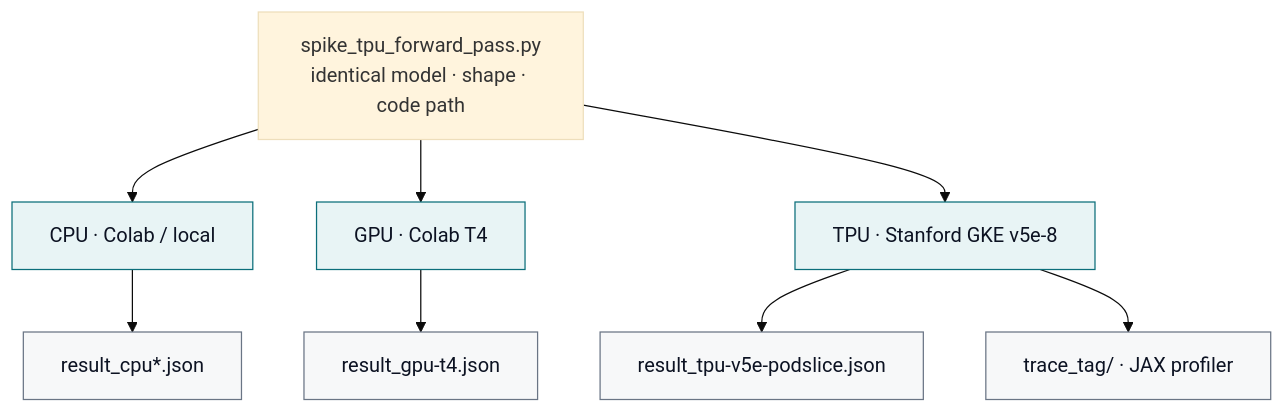
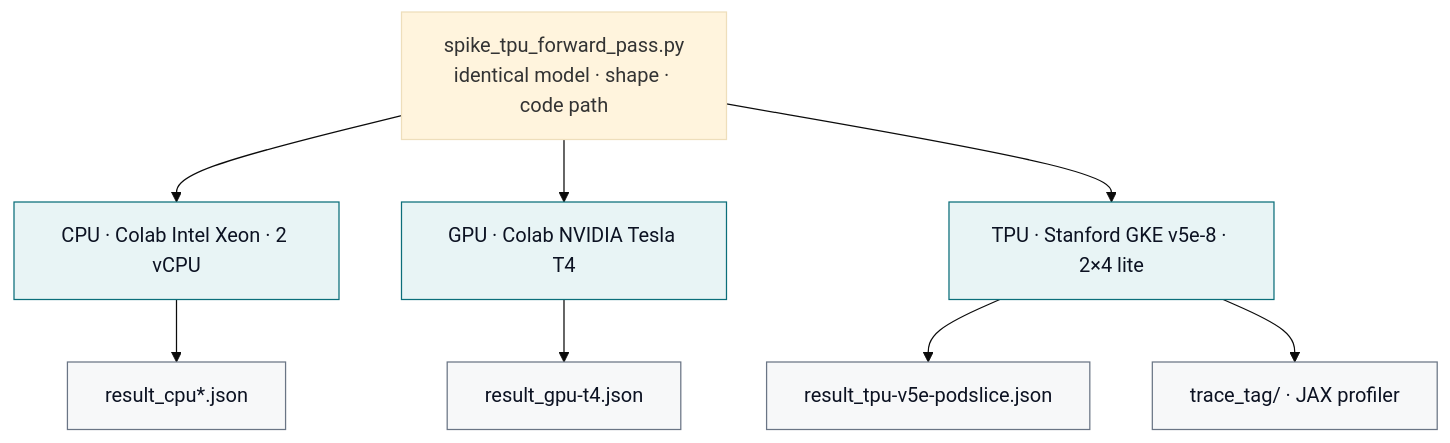
One commit to lorenzopazienza/alphafold-tpu-benchmark changed the second of 2 diagrams in README.md. Above: the diagram before and after it, drawn with Mermaid (base theme). The commit also changed other lines of this file and 15 other files, not shown here.

First line of the commit message:
docs: name Xeon, Tesla T4, and v5e-8 in all markdown

````diff
--- a/README.md
+++ b/README.md
@@ -151,18 +151,18 @@
 ```mermaid
 flowchart TB
   A["spike_tpu_forward_pass.py<br/>identical model · shape · code path"]
 
-  A --> B["CPU · Colab / local"]
-  A --> C["GPU · Colab T4"]
-  A --> D["TPU · Stanford GKE v5e-8"]
+  A --> B["CPU · Colab Intel Xeon · 2 vCPU"]
+  A --> C["GPU · Colab NVIDIA Tesla T4"]
+  A --> D["TPU · Stanford GKE v5e-8 · 2×4 lite"]
 
   B --> E["result_cpu*.json"]
   C --> F["result_gpu-t4.json"]
   D --> G["result_tpu-v5e-podslice.json"]
   D --> H["trace_tag/ · JAX profiler"]
 
   classDef backend fill:#e8f4f5,stroke:#0b6e7a,color:#0c1222
   classDef out fill:#f7f8f9,stroke:#6a7585,color:#0c1222
   class B,C,D backend
   class E,F,G,H out
 ```
````
